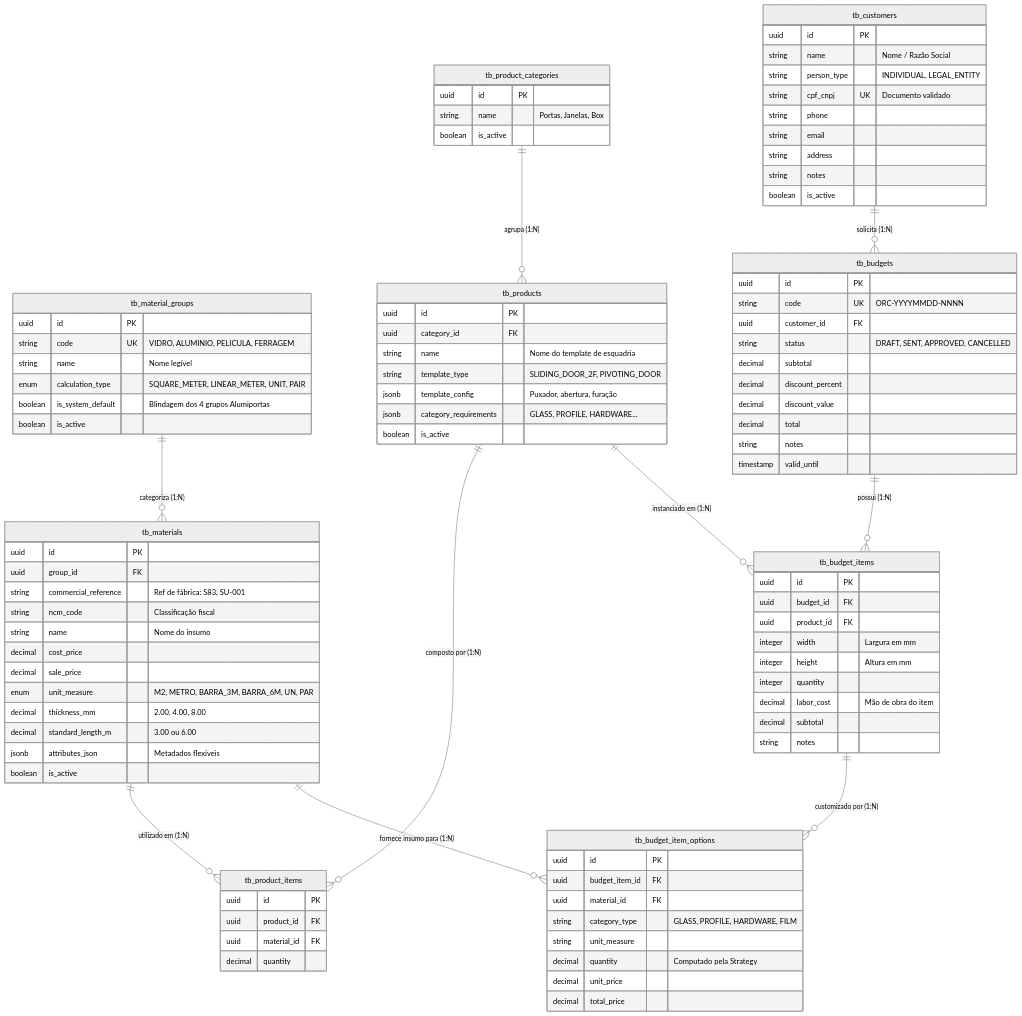
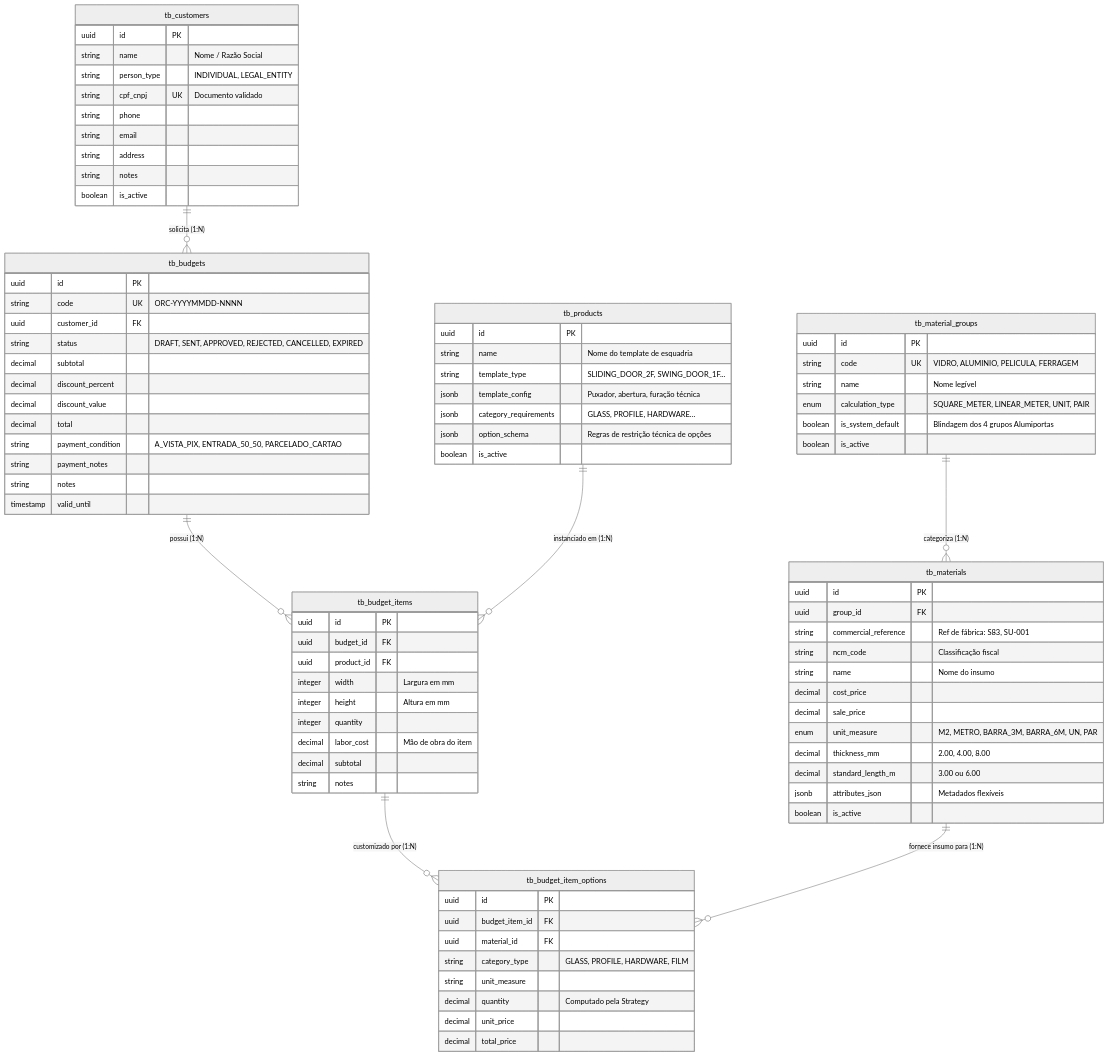
One commit to ADS-IFPB-SR/alumigest changed the diagram in docs/sistema/001-analise-projeto/MER-Modelo_de_Dados.md. Above: the diagram before and after it, drawn with Mermaid (neutral theme). The commit also changed other lines of this file and 18 other files, not shown here.

````diff
--- a/docs/sistema/001-analise-projeto/MER-Modelo_de_Dados.md
+++ b/docs/sistema/001-analise-projeto/MER-Modelo_de_Dados.md
@@ -14,9 +19,6 @@
 ```mermaid
 erDiagram
     tb_material_groups ||--o{ tb_materials : "categoriza (1:N)"
-    tb_product_categories ||--o{ tb_products : "agrupa (1:N)"
-    tb_products ||--o{ tb_product_items : "composto por (1:N)"
-    tb_materials ||--o{ tb_product_items : "utilizado em (1:N)"
     
     tb_customers ||--o{ tb_budgets : "solicita (1:N)"
     tb_budgets ||--o{ tb_budget_items : "possui (1:N)"
@@ -48,27 +50,14 @@
         boolean is_active
     }
 
-    tb_product_categories {
-        uuid id PK
-        string name "Portas, Janelas, Box"
-        boolean is_active
-    }
-
     tb_products {
         uuid id PK
-        uuid category_id FK
         string name "Nome do template de esquadria"
-        string template_type "SLIDING_DOOR_2F, PIVOTING_DOOR"
-        jsonb template_config "Puxador, abertura, furação"
+        string template_type "SLIDING_DOOR_2F, SWING_DOOR_1F..."
+        jsonb template_config "Puxador, abertura, furação técnica"
         jsonb category_requirements "GLASS, PROFILE, HARDWARE..."
+        jsonb option_schema "Regras de restrição técnica de opções"
         boolean is_active
-    }
-
-    tb_product_items {
-        uuid id PK
-        uuid product_id FK
-        uuid material_id FK
-        decimal quantity
     }
 
     tb_customers {
@@ -87,11 +76,13 @@
         uuid id PK
         string code UK "ORC-YYYYMMDD-NNNN"
         uuid customer_id FK
-        string status "DRAFT, SENT, APPROVED, CANCELLED"
+        string status "DRAFT, SENT, APPROVED, REJECTED, CANCELLED, EXPIRED"
         decimal subtotal
         decimal discount_percent
         decimal discount_value
         decimal total
+        string payment_condition "A_VISTA_PIX, ENTRADA_50_50, PARCELADO_CARTAO"
+        string payment_notes
         string notes
         timestamp valid_until
     }
````
